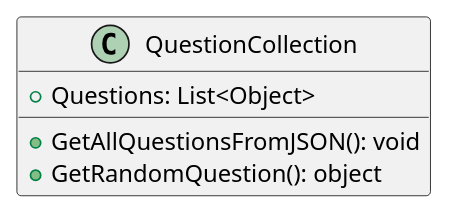
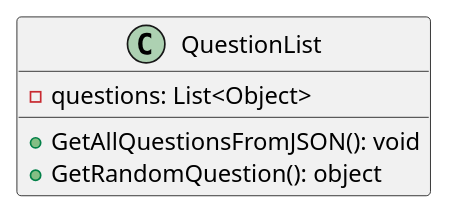
Before and after one commit to dinomarlon187/AHIF_Academy: the diagram in doc/Projektplanung.md, drawn with PlantUML. The commit also changed 7 other files, not shown here.

```diff
--- a/doc/Projektplanung.md
+++ b/doc/Projektplanung.md
@@ -150,7 +150,7 @@
 @startuml
-class QuestionCollection{
-+ Questions: List<Object>
+class QuestionList{
+- questions: List<Object>
 + GetAllQuestionsFromJSON(): void
 + GetRandomQuestion(): object
 }
 @enduml
```
